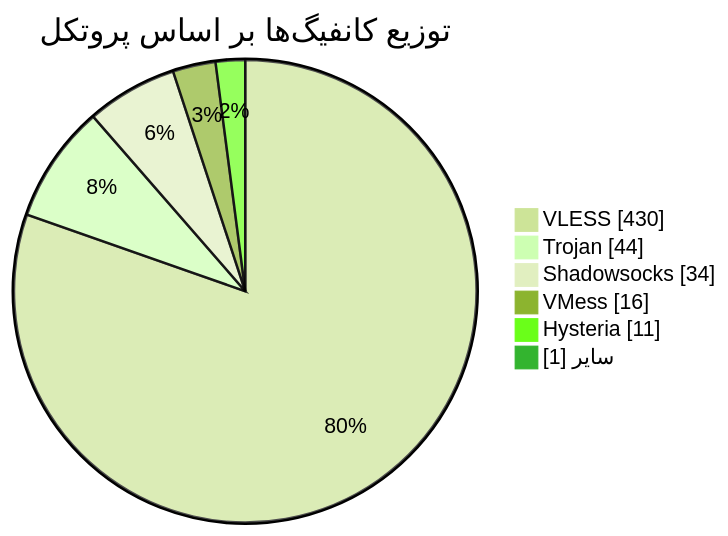
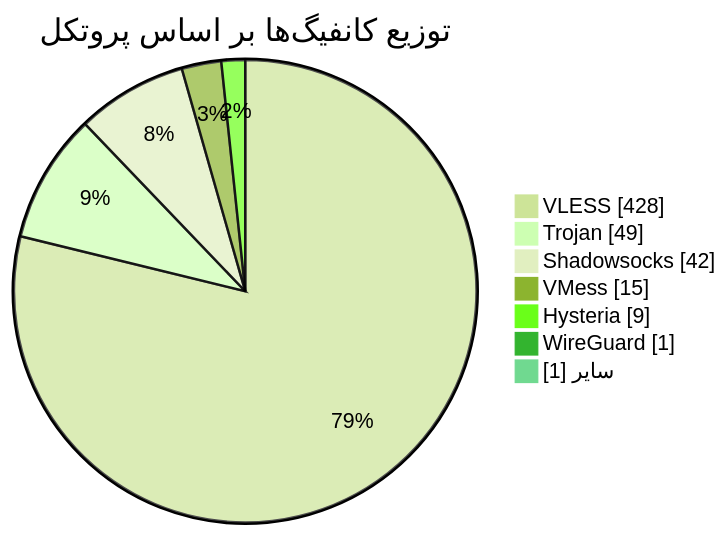
The diagram in README.md (Arian-Alijani/Somthing), drawn with Mermaid (forest theme) before and after one commit. The commit also changed other lines of this file and 85 other files, not shown here.

````diff
--- a/README.md
+++ b/README.md
@@ -48,10 +49,11 @@
 ```mermaid
 pie showData
     title توزیع کانفیگ‌ها بر اساس پروتکل
-    "VLESS" : 430
-    "Trojan" : 44
-    "Shadowsocks" : 34
-    "VMess" : 16
-    "Hysteria" : 11
+    "VLESS" : 428
+    "Trojan" : 49
+    "Shadowsocks" : 42
+    "VMess" : 15
+    "Hysteria" : 9
+    "WireGuard" : 1
     "سایر" : 1
 ```
````
